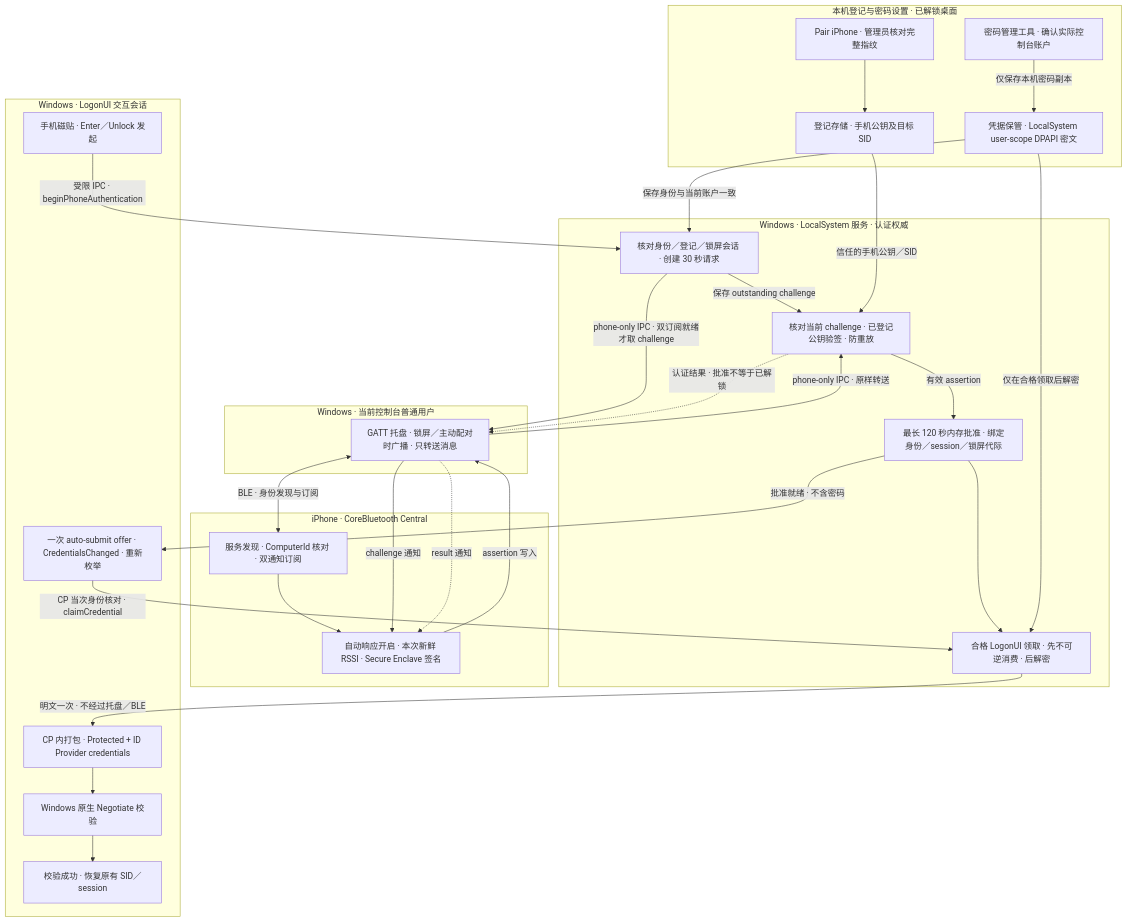
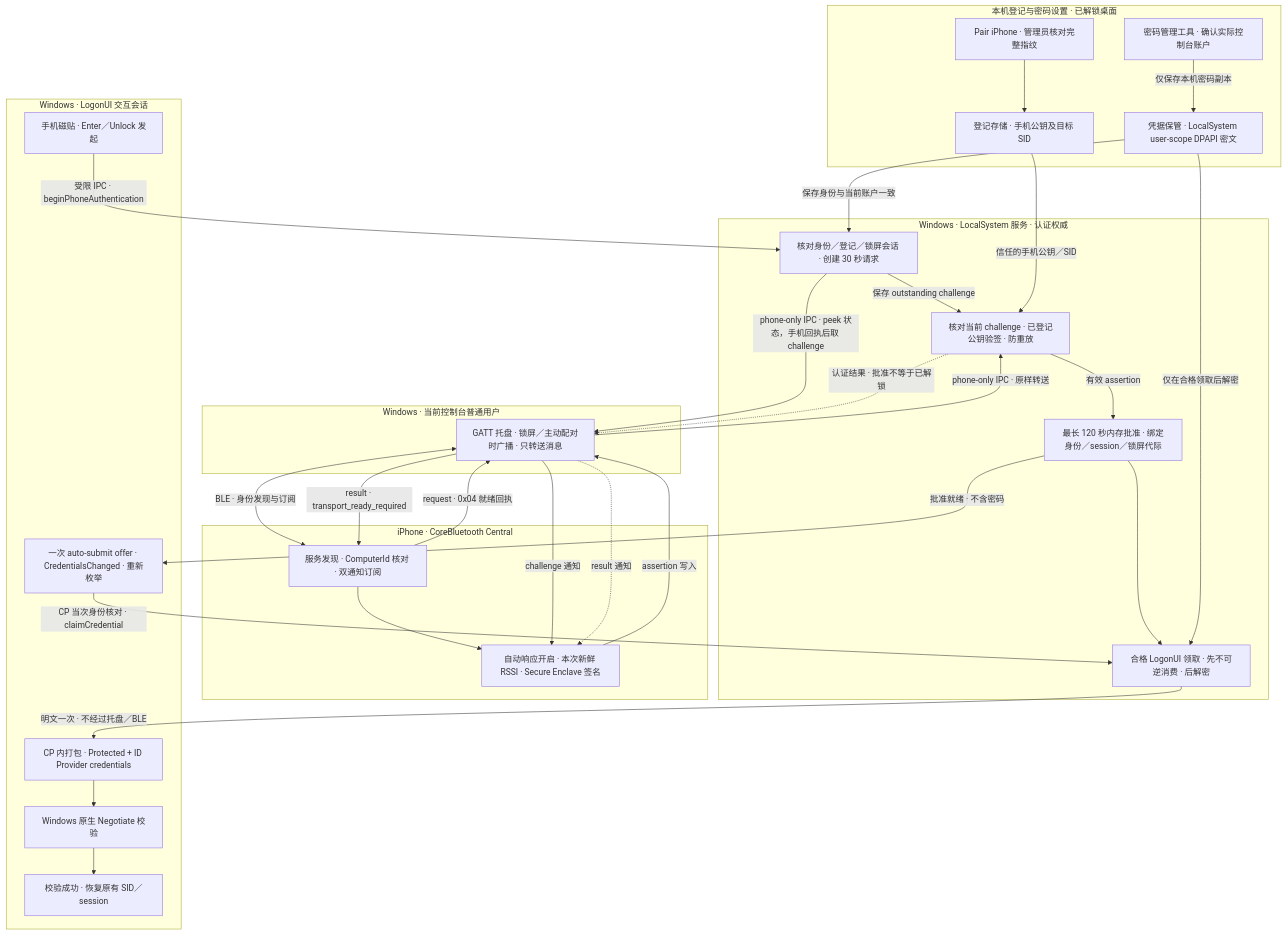
The diagram in Protocol.md (dennis6481/unlock-windows-with-iphone), drawn with Mermaid before and after one commit. The commit also changed other lines of this file and 12 other files, not shown here.

````diff
--- a/Protocol.md
+++ b/Protocol.md
@@ -11,55 +11,57 @@
 ```mermaid
 flowchart TB
     subgraph Provisioning["本机登记与密码设置 · 已解锁桌面"]
         Pair["Pair iPhone · 管理员核对完整指纹"]
         Registry["登记存储 · 手机公钥及目标 SID"]
         Manager["密码管理工具 · 确认实际控制台账户"]
         Vault["凭据保管 · LocalSystem user-scope DPAPI 密文"]
         Pair --> Registry
         Manager -->|"仅保存本机密码副本"| Vault
     end
 
     subgraph Phone["iPhone · CoreBluetooth Central"]
         Identity["服务发现 · ComputerId 核对 · 双通知订阅"]
         Sign["自动响应开启 · 本次新鲜 RSSI · Secure Enclave 签名"]
         Identity --> Sign
     end
 
     subgraph Desktop["Windows · 当前控制台普通用户"]
         Tray["GATT 托盘 · 锁屏／主动配对时广播 · 只转送消息"]
     end
 
     subgraph Authority["Windows · LocalSystem 服务 · 认证权威"]
         Request["核对身份／登记／锁屏会话 · 创建 30 秒请求"]
         Verify["核对当前 challenge · 已登记公钥验签 · 防重放"]
         Grant["最长 120 秒内存批准 · 绑定身份／session／锁屏代际"]
         Claim["合格 LogonUI 领取 · 先不可逆消费 · 后解密"]
         Request -->|"保存 outstanding challenge"| Verify
         Verify -->|"有效 assertion"| Grant
         Grant --> Claim
     end
 
     subgraph Logon["Windows · LogonUI 交互会话"]
         Tile["手机磁贴 · Enter／Unlock 发起"]
         Refresh["一次 auto-submit offer · CredentialsChanged · 重新枚举"]
         Pack["CP 内打包 · Protected + ID Provider credentials"]
         Negotiate["Windows 原生 Negotiate 校验"]
         Session["校验成功 · 恢复原有 SID／session"]
         Pack --> Negotiate --> Session
     end
 
     Tray <-->|"BLE · 身份发现与订阅"| Identity
     Tile -->|"受限 IPC · beginPhoneAuthentication"| Request
-    Request -->|"phone-only IPC · 双订阅就绪才取 challenge"| Tray
+    Request -->|"phone-only IPC · peek 状态，手机回执后取 challenge"| Tray
+    Tray -->|"result · transport_ready_required"| Identity
+    Identity -->|"request · 0x04 就绪回执"| Tray
     Tray -->|"challenge 通知"| Sign
     Sign -->|"assertion 写入"| Tray
     Tray -->|"phone-only IPC · 原样转送"| Verify
     Registry -->|"信任的手机公钥／SID"| Verify
     Vault -->|"保存身份与当前账户一致"| Request
     Grant -->|"批准就绪 · 不含密码"| Refresh
     Refresh -->|"CP 当次身份核对 · claimCredential"| Claim
     Vault -->|"仅在合格领取后解密"| Claim
     Claim -->|"明文一次 · 不经过托盘／BLE"| Pack
     Verify -.->|"认证结果 · 批准不等于已解锁"| Tray
     Tray -.->|"result 通知"| Sign
 ```
````
